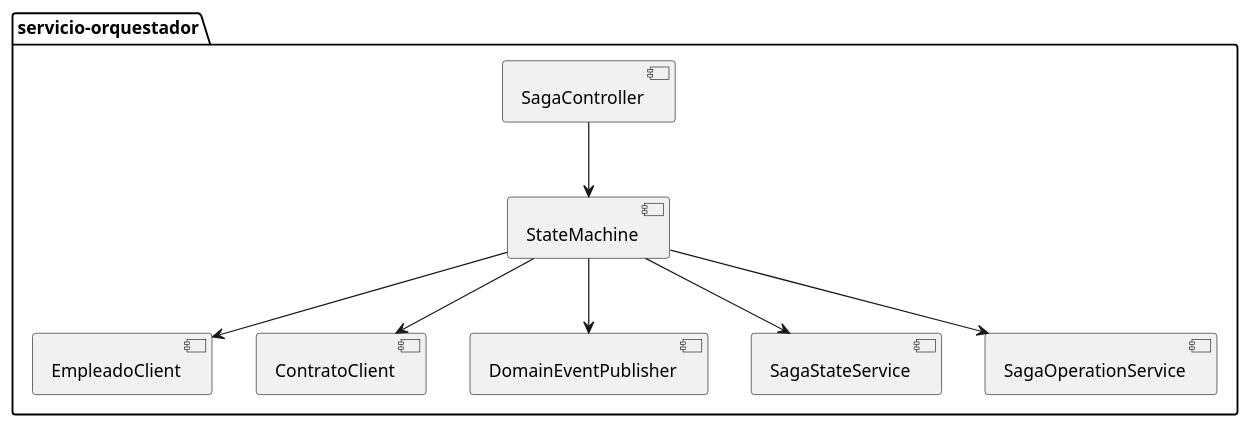
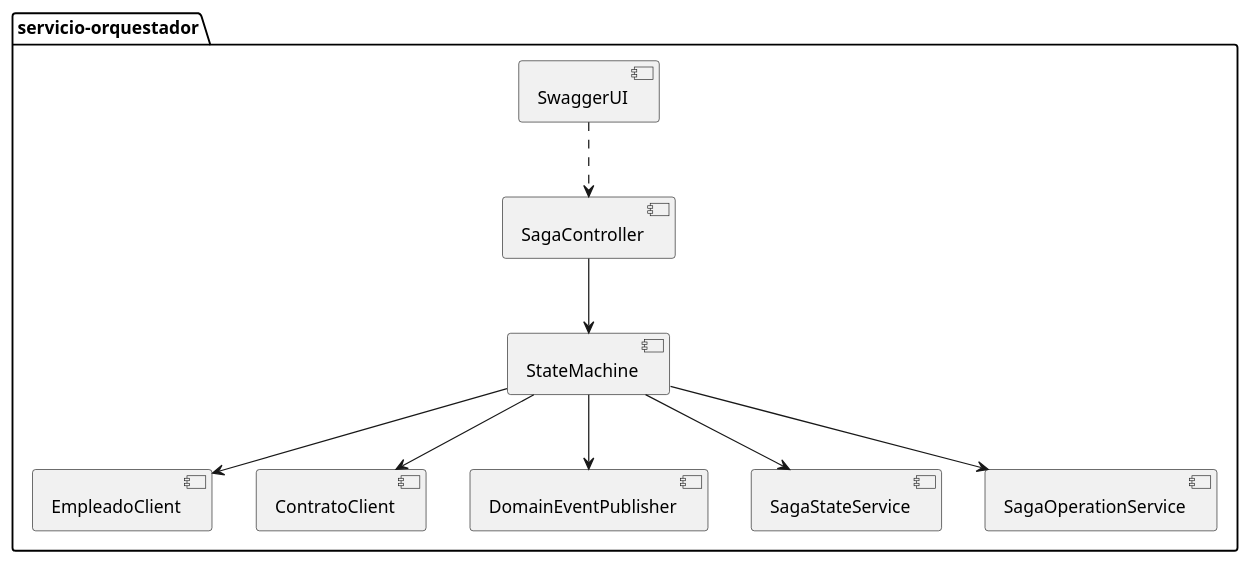
The diagram in servicio-orquestador/docs/uml/local/component/orquestador_component.puml (msamia/rrhh), drawn with PlantUML before and after one commit. The commit also changed 21 other files, not shown here.

```diff
--- a/servicio-orquestador/docs/uml/local/component/orquestador_component.puml
+++ b/servicio-orquestador/docs/uml/local/component/orquestador_component.puml
@@ -1,10 +1,11 @@
 @startuml
 package "servicio-orquestador" {
+  [SwaggerUI] ..> [SagaController]
   [SagaController] --> [StateMachine]
   [StateMachine] --> [EmpleadoClient]
   [StateMachine] --> [ContratoClient]
   [StateMachine] --> [DomainEventPublisher]
   [StateMachine] --> [SagaStateService]
   [StateMachine] --> [SagaOperationService]
 }
 @enduml
```
